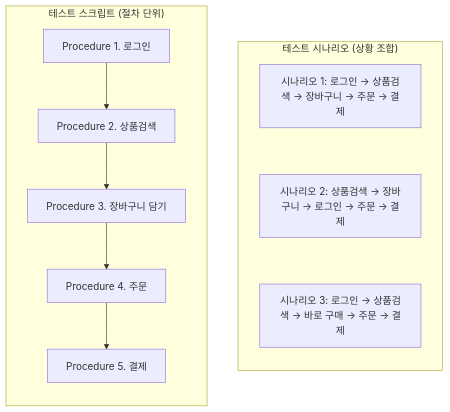
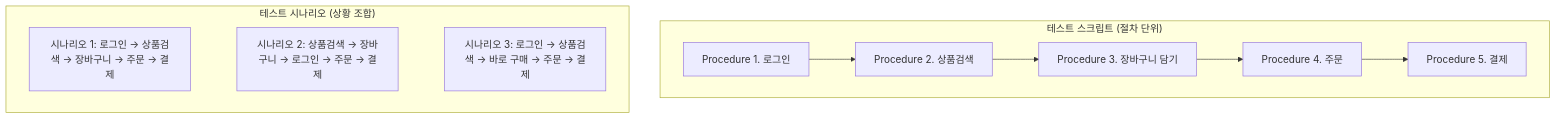
Before and after one commit to sungjin-dev/sungjin-dev.github.io: the first of 7 diagrams in _posts/2026-07-19-eip-test-case-study-3.md, drawn with Mermaid.

````diff
--- a/_posts/2026-07-19-eip-test-case-study-3.md
+++ b/_posts/2026-07-19-eip-test-case-study-3.md
@@ -290,23 +290,20 @@
 ```mermaid
-flowchart LR
+flowchart TB
+    %% 왼쪽 블록: 테스트 스크립트 (먼저 선언되어 무조건 왼쪽에 위치)
     subgraph Script ["테스트 스크립트 (절차 단위)"]
-        direction TB
-        P1["Procedure 1. 로그인"] --> P2["Procedure 2. 상품검색"] 
-        P2 --> P3["Procedure 3. 장바구니 담기"] 
-        P3 --> P4["Procedure 4. 주문"] 
+        P1["Procedure 1. 로그인"] --> P2["Procedure 2. 상품검색"]
+        P2 --> P3["Procedure 3. 장바구니 담기"]
+        P3 --> P4["Procedure 4. 주문"]
         P4 --> P5["Procedure 5. 결제"]
     end
 
+    %% 오른쪽 블록: 테스트 시나리오
     subgraph Scenario ["테스트 시나리오 (상황 조합)"]
-        direction TB
         S1["시나리오 1: 로그인 → 상품검색 → 장바구니 → 주문 → 결제"]
         S2["시나리오 2: 상품검색 → 장바구니 → 로그인 → 주문 → 결제"]
         S3["시나리오 3: 로그인 → 상품검색 → 바로 구매 → 주문 → 결제"]
         
-        %% 세로 정렬을 위한 투명선
+        %% 세로로 가지런히 쌓이도록 투명선 연결
         S1 ~~~ S2 ~~~ S3
     end
-
-    %% 💡 핵심 트릭: 왼쪽 그룹과 오른쪽 그룹을 보이지 않는 선으로 강제 연결하여 좌우 배치를 만듭니다.
-    P1 ~~~ S1
 ```
````
